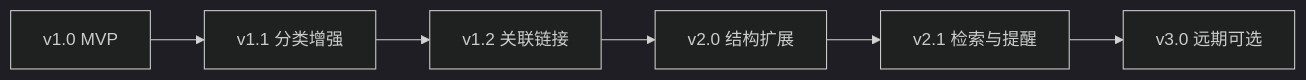
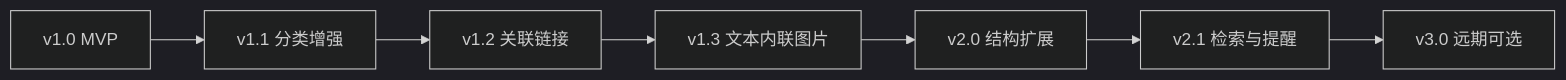
One commit to tutuxu/workOrder changed the first of 2 diagrams in plan/版本规划.md. Above: the diagram before and after it, drawn with Mermaid (dark theme). The commit also changed other lines of this file and 1 other file, not shown here.

````diff
--- a/plan/版本规划.md
+++ b/plan/版本规划.md
@@ -22,8 +22,9 @@
 ```mermaid
 flowchart LR
     v10[v1.0 MVP] --> v11[v1.1 分类增强]
     v11 --> v12[v1.2 关联链接]
-    v12 --> v20[v2.0 结构扩展]
+    v12 --> v13[v1.3 文本内联图片]
+    v13 --> v20[v2.0 结构扩展]
     v20 --> v21[v2.1 检索与提醒]
     v21 --> v30[v3.0 远期可选]
 ```
````
